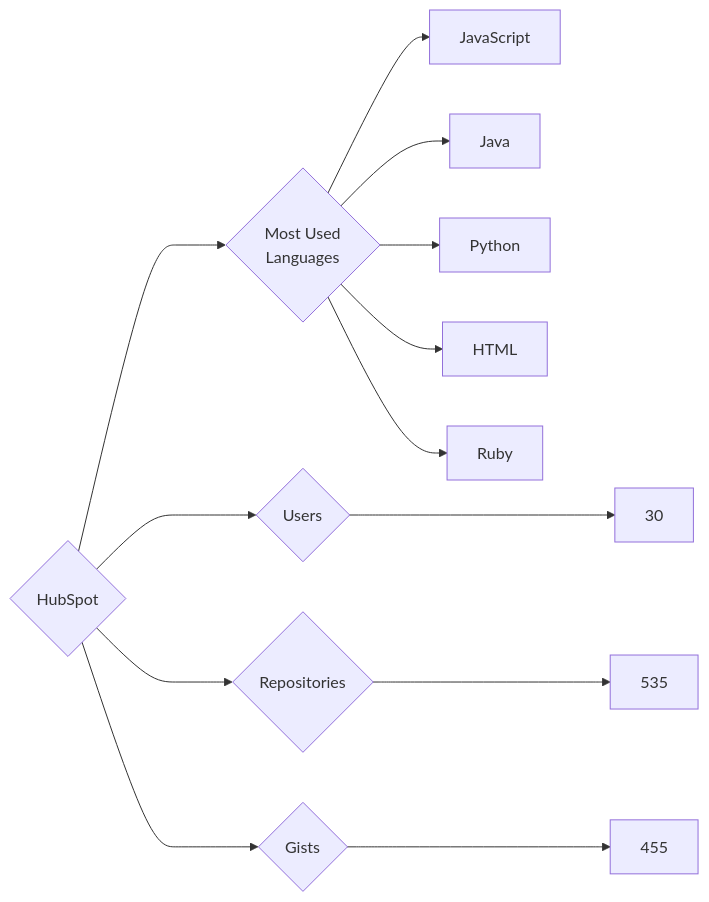
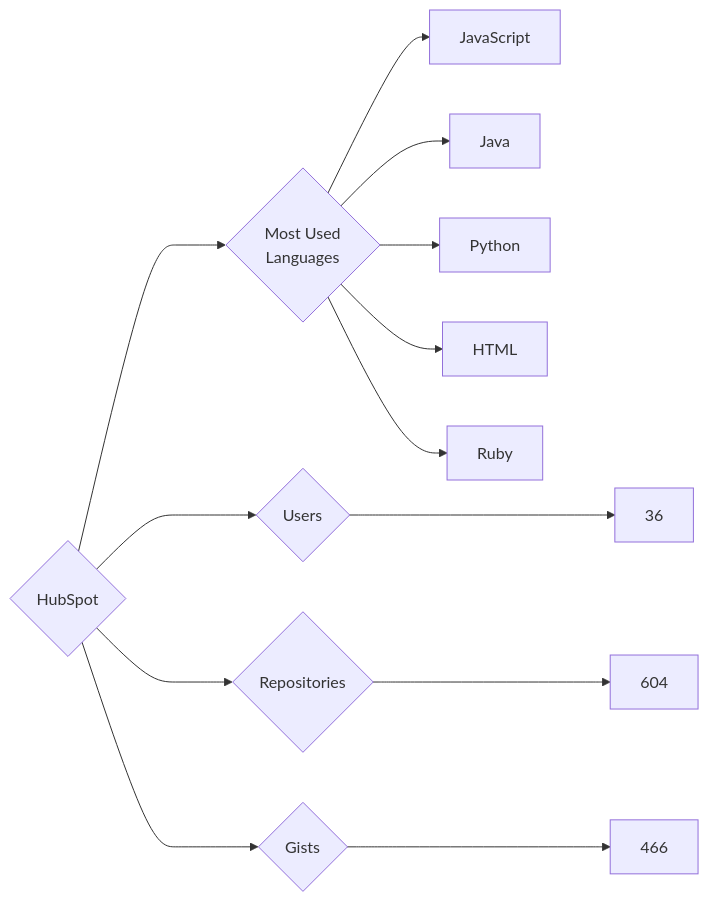
Before and after one commit to trickest/insiders: the diagram in targets/HubSpot/README.md, drawn with Mermaid. The commit also changed 693 other files, not shown here.

````diff
--- a/targets/HubSpot/README.md
+++ b/targets/HubSpot/README.md
@@ -3,13 +3,13 @@
 ```mermaid
 graph LR
 COMPANY_NAME{HubSpot}
-COMPANY_NAME ---> U{Users} ---> UN[30]
-COMPANY_NAME ---> R{Repositories} ---> RN[535]
-COMPANY_NAME ---> G{Gists} ---> GN[455]
+COMPANY_NAME ---> U{Users} ---> UN[36]
+COMPANY_NAME ---> R{Repositories} ---> RN[604]
+COMPANY_NAME ---> G{Gists} ---> GN[466]
 COMPANY_NAME ---> ML{Most Used<br>Languages}
 ML --> JavaScript[JavaScript]
 ML --> Java[Java]
 ML --> Python[Python]
 ML --> HTML[HTML]
 ML --> Ruby[Ruby]
 ```
````
